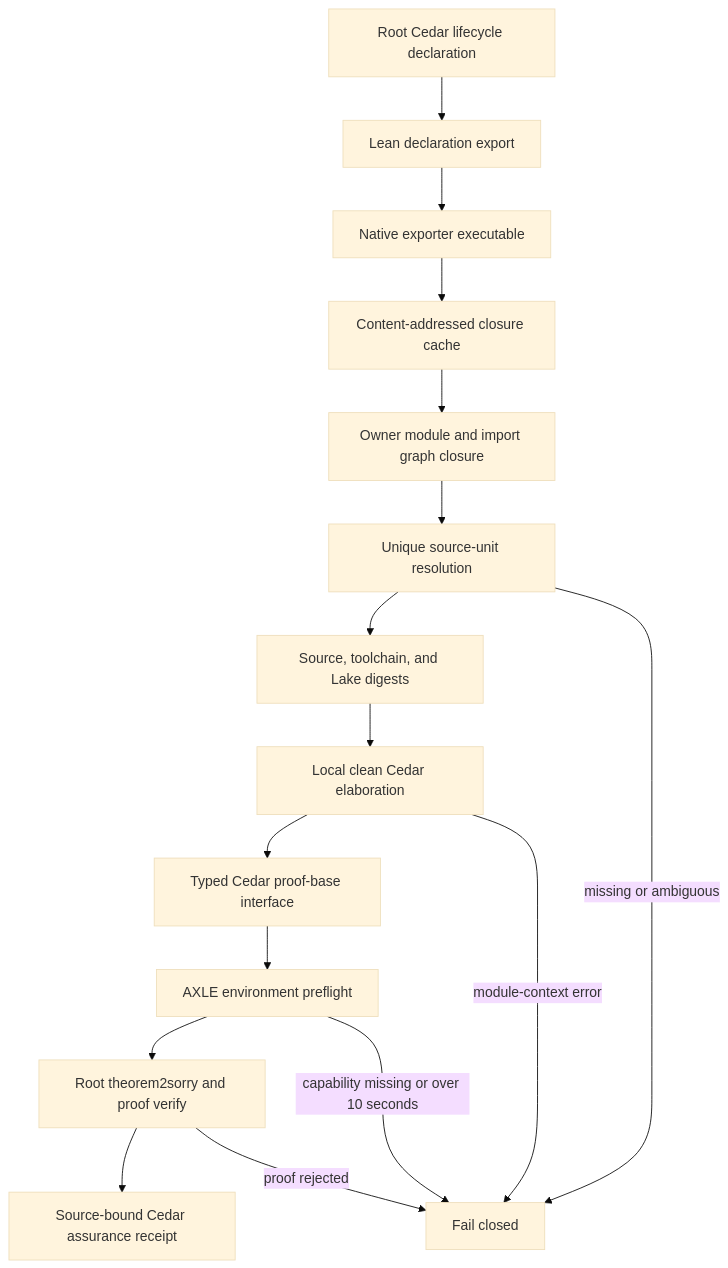
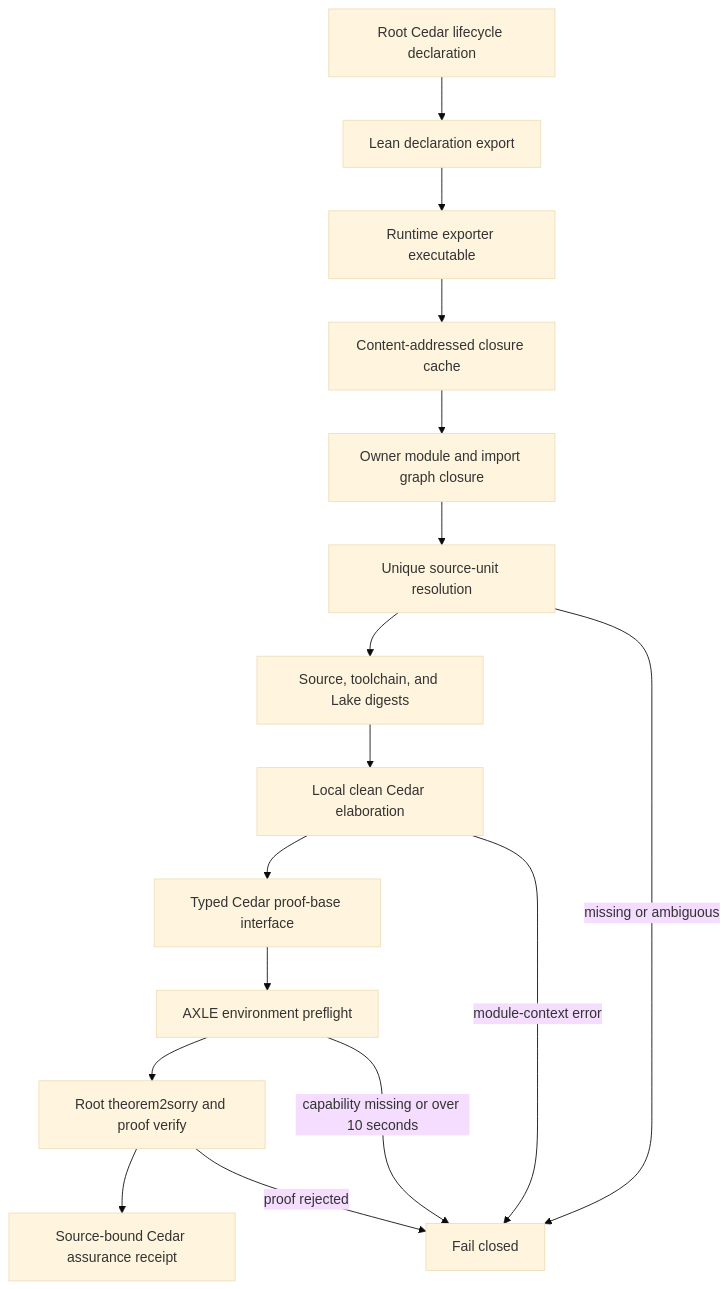
Before and after one commit to tao3k/gebril-yuanxu: the diagram in module-system/design/45-120-45-axle-module-context-source-unit-closure.org, drawn with Mermaid (base theme). The commit also changed other lines of this file and 1469 other files, not shown here.

```diff
--- a/module-system/design/45-120-45-axle-module-context-source-unit-closure.org
+++ b/module-system/design/45-120-45-axle-module-context-source-unit-closure.org
@@ -112,18 +112,18 @@
 #+begin_src mermaid
 flowchart TD
   R[Root Cedar lifecycle declaration] --> E[Lean declaration export]
-  E --> N[Native exporter executable]
+  E --> N[Runtime exporter executable]
   N --> K[Content-addressed closure cache]
   K --> M[Owner module and import graph closure]
   M --> S[Unique source-unit resolution]
   S --> D[Source, toolchain, and Lake digests]
   D --> C[Local clean Cedar elaboration]
   C --> P[Typed Cedar proof-base interface]
   P --> X[AXLE environment preflight]
   X --> V[Root theorem2sorry and proof verify]
   V --> Q[Source-bound Cedar assurance receipt]
   S -->|missing or ambiguous| F[Fail closed]
   C -->|module-context error| F
   X -->|capability missing or over 10 seconds| F
   V -->|proof rejected| F
 #+end_src
```
